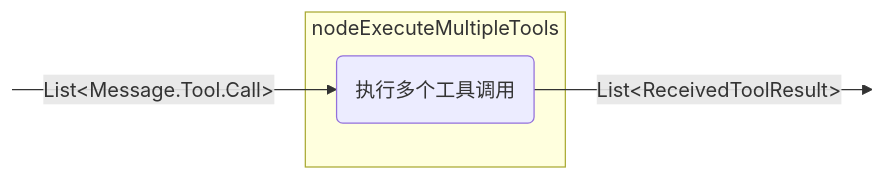
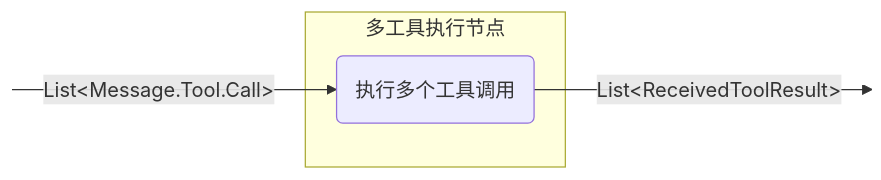
One commit to BinaryTape/Open-Docs changed diagram 13 of 15 in docs/koog/nodes-and-components.md. Above: the diagram before and after it, drawn with Mermaid. The commit also changed other lines of this file and 164 other files, not shown here.

````diff
--- a/docs/koog/nodes-and-components.md
+++ b/docs/koog/nodes-and-components.md
@@ -708,13 +706,13 @@
 ```mermaid
 graph LR
     in:::hidden
     out:::hidden
     
-    subgraph node ["nodeExecuteMultipleTools"]
+    subgraph node ["多工具执行节点"]
         execute(执行多个工具调用)
     end
     
     in -- "List&lt;Message.Tool.Call&gt;" --> execute -- "List&lt;ReceivedToolResult&gt;" --> out
 
     classDef hidden display: none;
 ```
````
